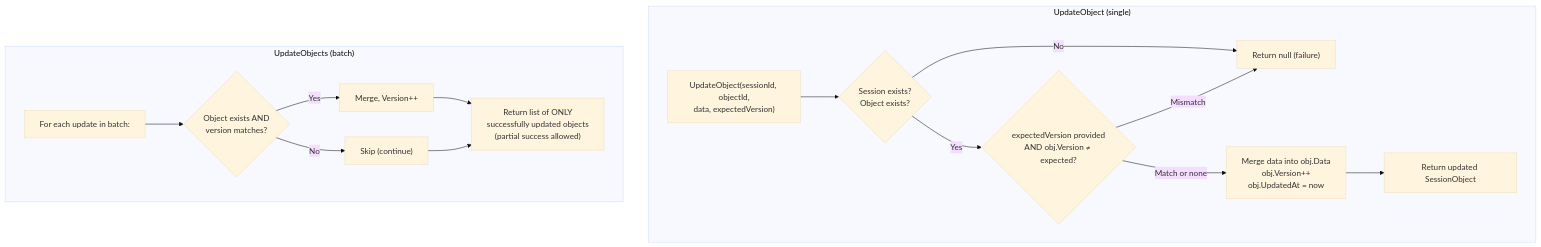
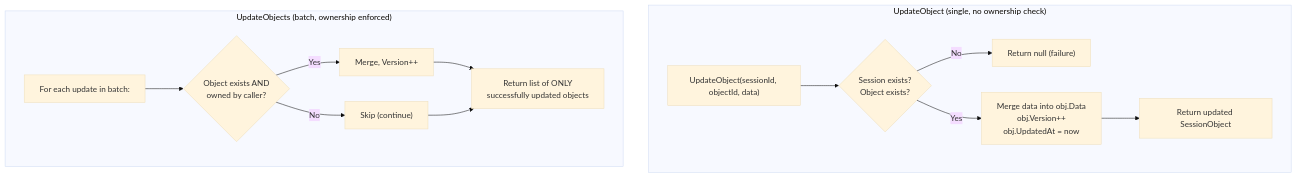
Before and after one commit to badvoidstar/asteroids: the seventh of 32 diagrams in ARCHITECTURE.md, drawn with Mermaid (base theme). The commit also changed other lines of this file, not shown here.

Commit message:
Update ARCHITECTURE.md for OCC removal and field compression
- Replace 'Optimistic Concurrency' section with 'Update Flow' showing
  ownership-only enforcement (no expectedVersion check)
- Change SessionObject Version description from 'optimistic concurrency'
  to 'change counter'
- Add field name compression note to Delta Encoding section

````diff
--- a/ARCHITECTURE.md
+++ b/ARCHITECTURE.md
@@ -190,29 +190,26 @@
 ```mermaid
 flowchart TB
-    subgraph "UpdateObject (single)"
-        U1["UpdateObject(sessionId, objectId,<br/>data, expectedVersion)"]
+    subgraph "UpdateObject (single, no ownership check)"
+        U1["UpdateObject(sessionId, objectId, data)"]
         U2{"Session exists?<br/>Object exists?"}
-        U3{"expectedVersion provided<br/>AND obj.Version ≠ expected?"}
         U4["Merge data into obj.Data<br/>obj.Version++<br/>obj.UpdatedAt = now"]
         U5["Return updated SessionObject"]
         UF["Return null (failure)"]
 
         U1 --> U2
         U2 -->|No| UF
-        U2 -->|Yes| U3
-        U3 -->|Mismatch| UF
-        U3 -->|Match or none| U4 --> U5
+        U2 -->|Yes| U4 --> U5
     end
 
-    subgraph "UpdateObjects (batch)"
+    subgraph "UpdateObjects (batch, ownership enforced)"
         B1["For each update in batch:"]
-        B2{"Object exists AND<br/>version matches?"}
+        B2{"Object exists AND<br/>owned by caller?"}
         B3["Merge, Version++"]
         B4["Skip (continue)"]
-        B5["Return list of ONLY<br/>successfully updated objects<br/>(partial success allowed)"]
+        B5["Return list of ONLY<br/>successfully updated objects"]
 
         B1 --> B2
         B2 -->|Yes| B3 --> B5
         B2 -->|No| B4 --> B5
     end
 ```
````
